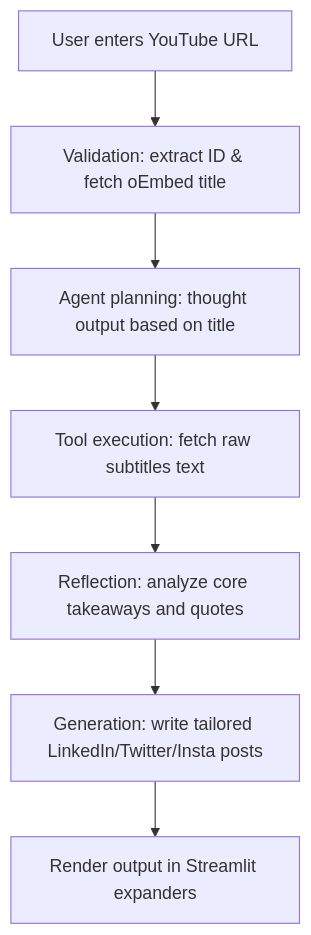
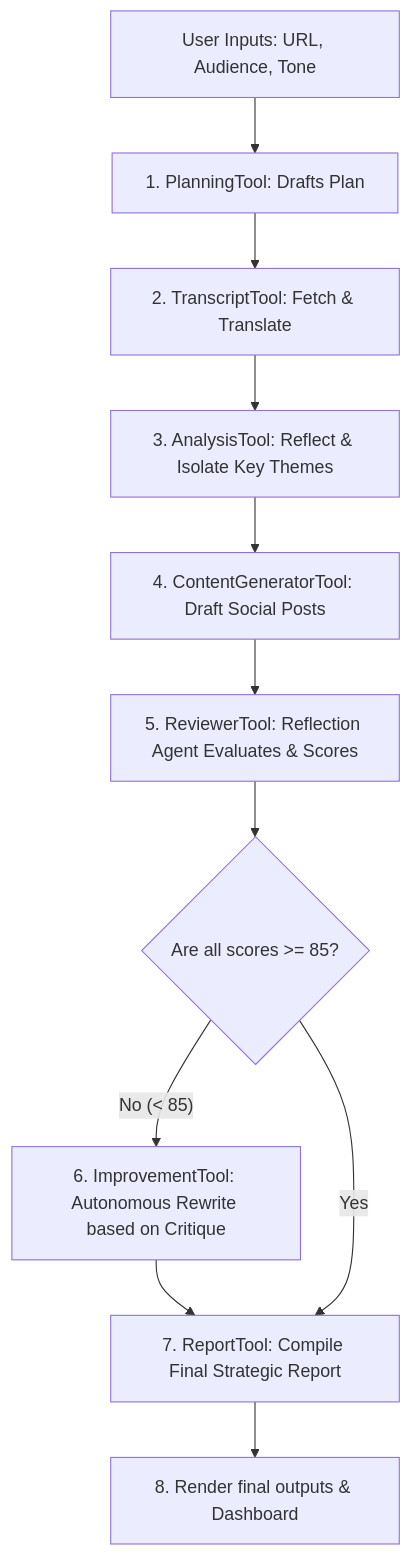
One commit to Ayushyadav16/Social-Media-Post-Generator changed the diagram in INTERVIEW_NOTES.md. Above: the diagram before and after it, drawn with Mermaid. The commit also changed other lines of this file and 9 other files, not shown here.

````diff
--- a/INTERVIEW_NOTES.md
+++ b/INTERVIEW_NOTES.md
@@ -42,9 +42,16 @@
 ```mermaid
 graph TD
-    A[User enters YouTube URL] --> B[Validation: extract ID & fetch oEmbed title]
-    B --> C[Agent planning: thought output based on title]
-    C --> D[Tool execution: fetch raw subtitles text]
-    D --> E[Reflection: analyze core takeaways and quotes]
-    E --> F[Generation: write tailored LinkedIn/Twitter/Insta posts]
-    F --> G[Render output in Streamlit expanders]
+    User[User Inputs: URL, Audience, Tone] --> Plan[1. PlanningTool: Drafts Plan]
+    Plan --> Transcript[2. TranscriptTool: Fetch & Translate]
+    Transcript --> Analyze[3. AnalysisTool: Reflect & Isolate Key Themes]
+    Analyze --> Gen[4. ContentGeneratorTool: Draft Social Posts]
+    Gen --> Review[5. ReviewerTool: Reflection Agent Evaluates & Scores]
+    
+    Review --> ScoreCheck{Are all scores >= 85?}
+    
+    ScoreCheck -- No (< 85) --> Improve[6. ImprovementTool: Autonomous Rewrite based on Critique]
+    Improve --> FinalReport[7. ReportTool: Compile Final Strategic Report]
+    
+    ScoreCheck -- Yes --> FinalReport
+    FinalReport --> Render[8. Render final outputs & Dashboard]
 ```
````
